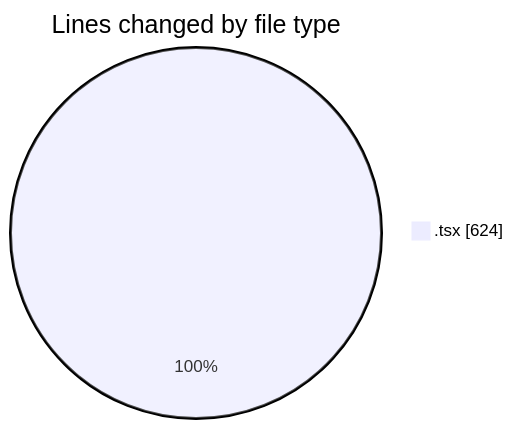
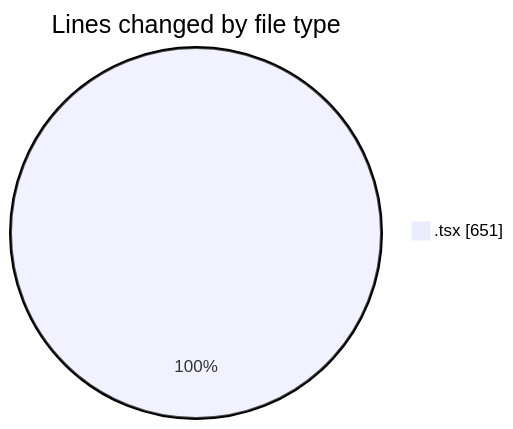
One commit to Ritupan-Deka/code-tracking changed the first of 2 diagrams in 2025-10-15/scopecraft/README.md. Above: the diagram before and after it, drawn with Mermaid. The commit also changed other lines of this file and 1 other file, not shown here.

````diff
--- a/2025-10-15/scopecraft/README.md
+++ b/2025-10-15/scopecraft/README.md
@@ -21,5 +22,5 @@
 ```mermaid
 pie showData
 title Lines changed by file type
-".tsx" : 624
+".tsx" : 651
 ```
````
